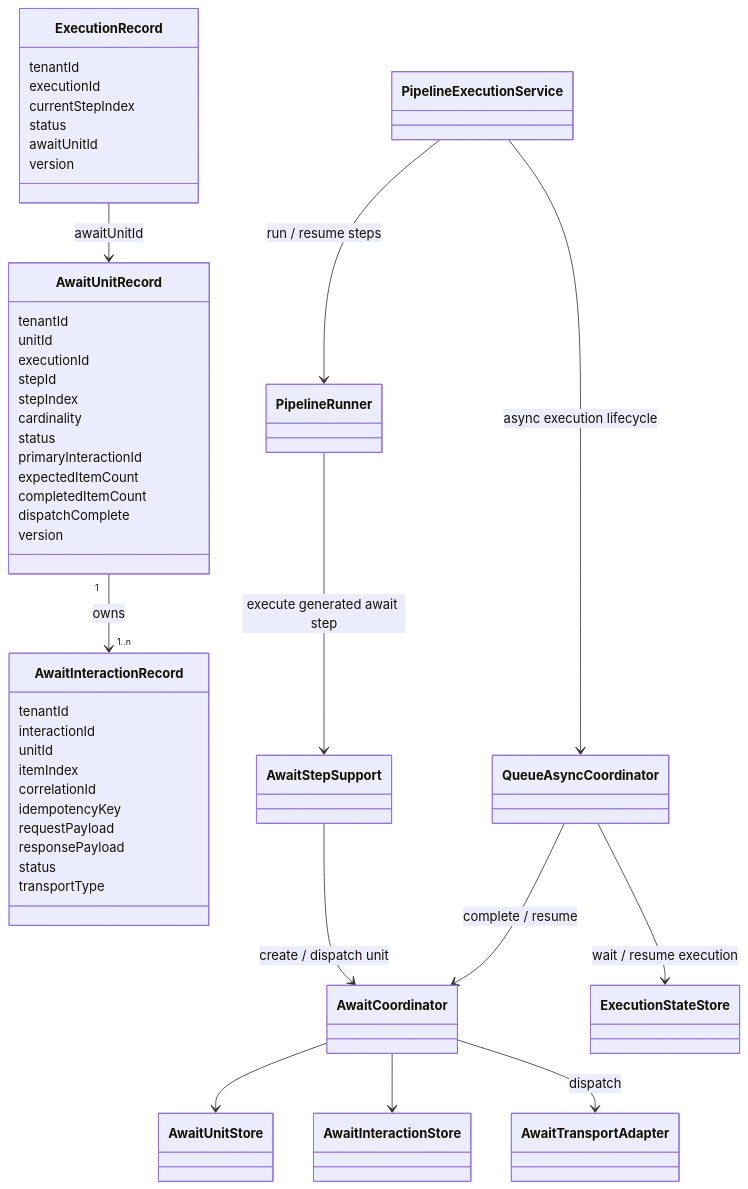
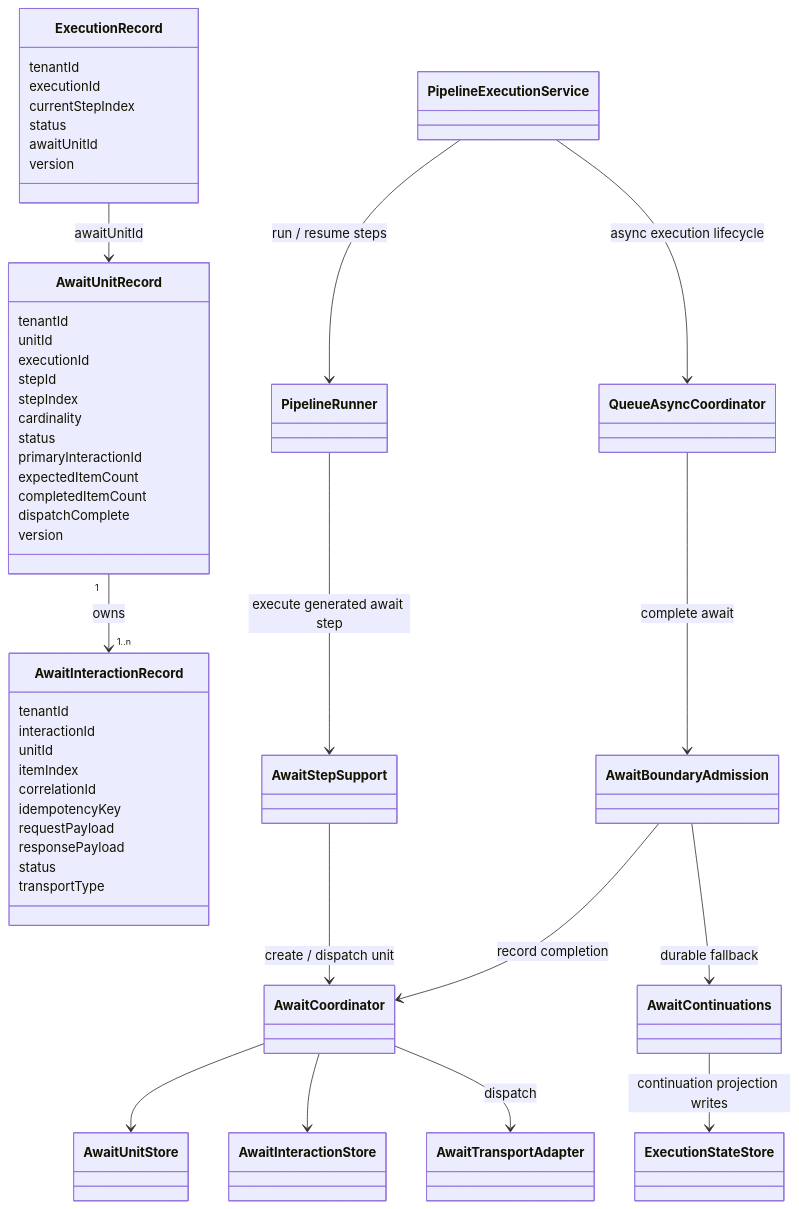
One commit to The-Pipeline-Framework/pipelineframework changed the first of 2 diagrams in docs/evolve/await-unit-runtime/index.md. Above: the diagram before and after it, drawn with Mermaid. The commit also changed 9 other files, not shown here.

First line of the commit message:
Extract queue async await boundary

````diff
--- a/docs/evolve/await-unit-runtime/index.md
+++ b/docs/evolve/await-unit-runtime/index.md
@@ -25,61 +25,65 @@
 ```mermaid
 classDiagram
     class ExecutionRecord {
       tenantId
       executionId
       currentStepIndex
       status
       awaitUnitId
       version
     }
 
     class AwaitUnitRecord {
       tenantId
       unitId
       executionId
       stepId
       stepIndex
       cardinality
       status
       primaryInteractionId
       expectedItemCount
       completedItemCount
       dispatchComplete
       version
     }
 
     class AwaitInteractionRecord {
       tenantId
       interactionId
       unitId
       itemIndex
       correlationId
       idempotencyKey
       requestPayload
       responsePayload
       status
       transportType
     }
 
     class PipelineExecutionService
     class PipelineRunner
     class QueueAsyncCoordinator
+    class AwaitBoundaryAdmission
+    class AwaitContinuations
     class AwaitStepSupport
     class AwaitCoordinator
     class AwaitUnitStore
     class AwaitInteractionStore
     class AwaitTransportAdapter
     class ExecutionStateStore
 
     ExecutionRecord --> AwaitUnitRecord : awaitUnitId
     AwaitUnitRecord "1" --> "1..n" AwaitInteractionRecord : owns
     PipelineExecutionService --> PipelineRunner : run / resume steps
     PipelineRunner --> AwaitStepSupport : execute generated await step
     AwaitStepSupport --> AwaitCoordinator : create / dispatch unit
     PipelineExecutionService --> QueueAsyncCoordinator : async execution lifecycle
-    QueueAsyncCoordinator --> AwaitCoordinator : complete / resume
-    QueueAsyncCoordinator --> ExecutionStateStore : wait / resume execution
+    QueueAsyncCoordinator --> AwaitBoundaryAdmission : complete await
+    AwaitBoundaryAdmission --> AwaitCoordinator : record completion
+    AwaitBoundaryAdmission --> AwaitContinuations : durable fallback
+    AwaitContinuations --> ExecutionStateStore : continuation projection writes
     AwaitCoordinator --> AwaitUnitStore
     AwaitCoordinator --> AwaitInteractionStore
     AwaitCoordinator --> AwaitTransportAdapter : dispatch
 ```
````
